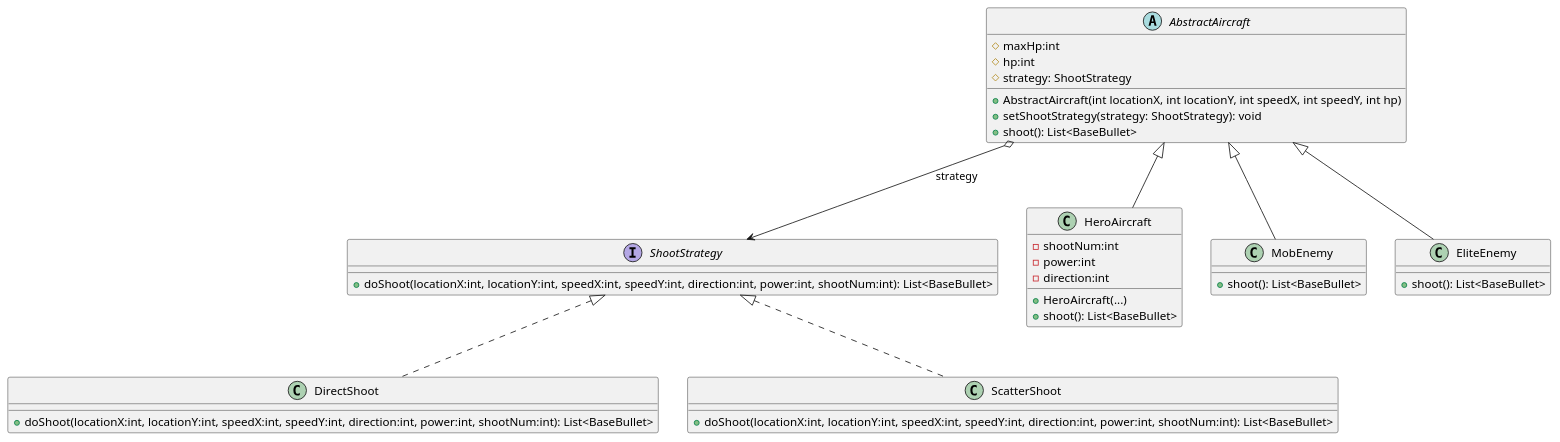
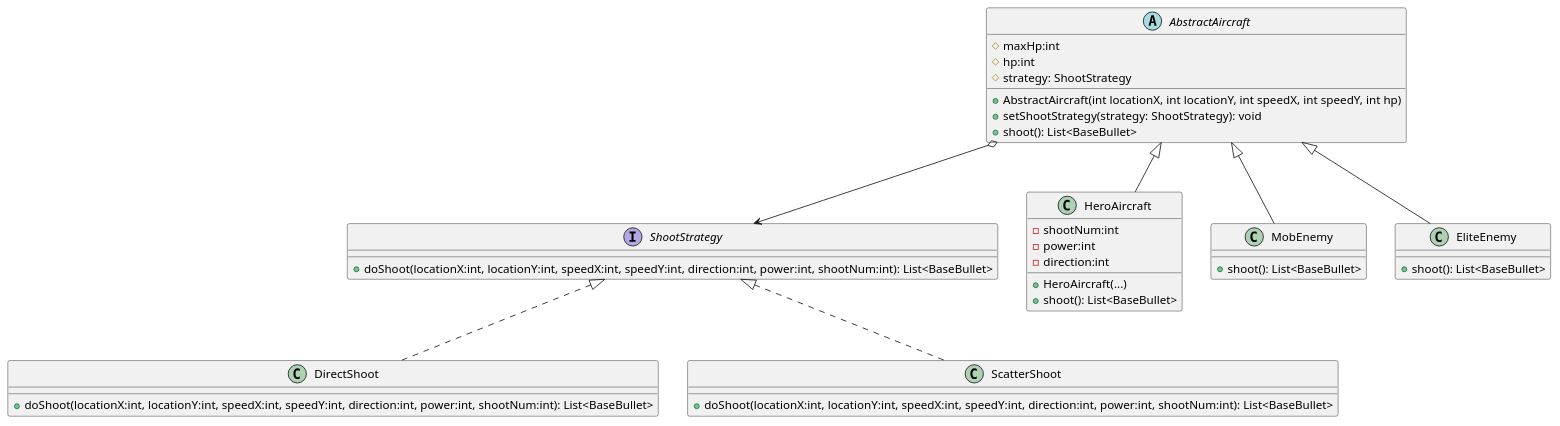
Before and after one commit to Kerenza-311652/Aircraft-Battle-Java: the diagram in uml/Strategy.puml, drawn with PlantUML. The commit also changed 40 other files, not shown here.

```diff
--- a/uml/Strategy.puml
+++ b/uml/Strategy.puml
@@ -1,50 +1,50 @@
 @startuml
 'https://plantuml.com/class-diagram
 
 interface ShootStrategy {
     + doShoot(locationX:int, locationY:int, speedX:int, speedY:int, direction:int, power:int, shootNum:int): List<BaseBullet>
 }
 
 class DirectShoot {
     + doShoot(locationX:int, locationY:int, speedX:int, speedY:int, direction:int, power:int, shootNum:int): List<BaseBullet>
 }
 
 class ScatterShoot {
     + doShoot(locationX:int, locationY:int, speedX:int, speedY:int, direction:int, power:int, shootNum:int): List<BaseBullet>
 }
 
 ShootStrategy <|.. DirectShoot
 ShootStrategy <|.. ScatterShoot
 
 abstract class AbstractAircraft {
     # maxHp:int
     # hp:int
     # strategy: ShootStrategy
     + AbstractAircraft(int locationX, int locationY, int speedX, int speedY, int hp)
     + setShootStrategy(strategy: ShootStrategy): void
     + shoot(): List<BaseBullet>
 }
 
 class HeroAircraft {
     - shootNum:int
     - power:int
     - direction:int
     + HeroAircraft(...)
     + shoot(): List<BaseBullet>
 }
 
 class MobEnemy {
     + shoot(): List<BaseBullet>
 }
 
 class EliteEnemy {
     + shoot(): List<BaseBullet>
 }
 
 AbstractAircraft <|-- HeroAircraft
 AbstractAircraft <|-- MobEnemy
 AbstractAircraft <|-- EliteEnemy
 
-AbstractAircraft o--> ShootStrategy : strategy
+AbstractAircraft o--> ShootStrategy
 
 @enduml
```
